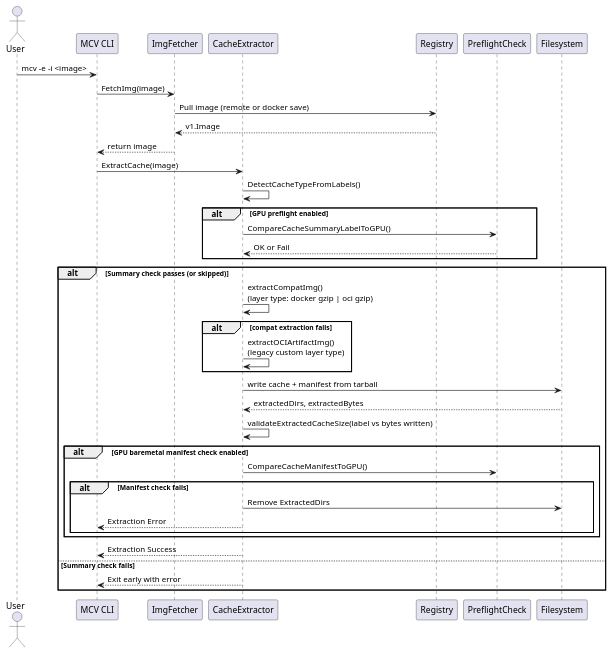
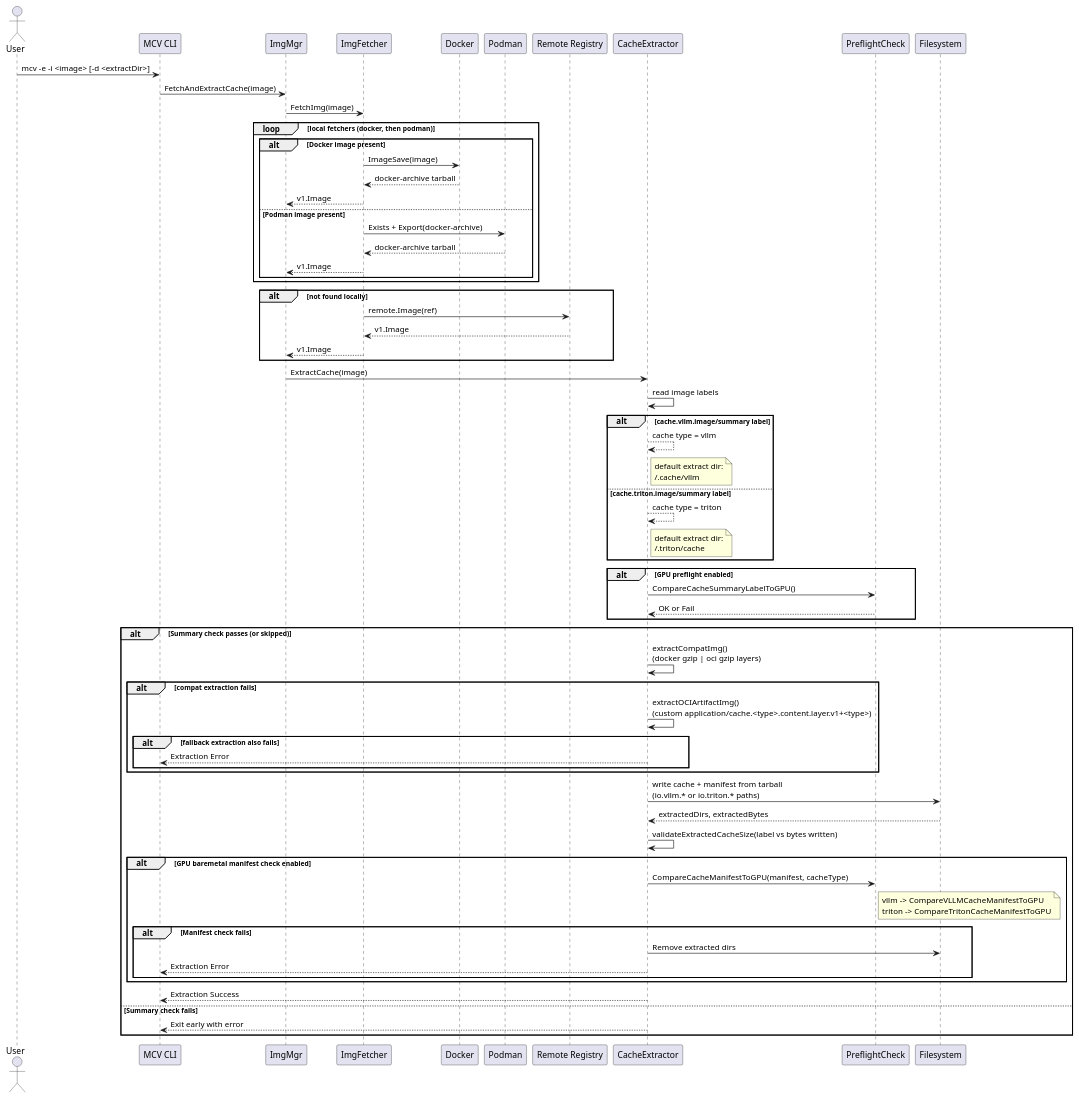
The diagram in kernelcache/mcv/docs/puml/extract.puml (kserve/kserve), drawn with PlantUML before and after one commit. The commit also changed 14 other files, not shown here.

```diff
--- a/kernelcache/mcv/docs/puml/extract.puml
+++ b/kernelcache/mcv/docs/puml/extract.puml
@@ -1,43 +1,89 @@
 @startuml
 actor User
 participant "MCV CLI" as CLI
+participant "ImgMgr" as Mgr
 participant "ImgFetcher" as Fetcher
+participant "Docker" as Docker
+participant "Podman" as Podman
+participant "Remote Registry" as Registry
 participant "CacheExtractor" as Extractor
-participant "Registry" as Registry
 participant "PreflightCheck" as Check
 participant "Filesystem" as FS
 
-User -> CLI : mcv -e -i <image>
-CLI -> Fetcher : FetchImg(image)
-Fetcher -> Registry : Pull image (remote or docker save)
-Registry --> Fetcher : v1.Image
-Fetcher --> CLI : return image
+User -> CLI : mcv -e -i <image> [-d <extractDir>]
+CLI -> Mgr : FetchAndExtractCache(image)
 
-CLI -> Extractor : ExtractCache(image)
-Extractor -> Extractor : DetectCacheTypeFromLabels()
+Mgr -> Fetcher : FetchImg(image)
+
+loop local fetchers (docker, then podman)
+    alt Docker image present
+        Fetcher -> Docker : ImageSave(image)
+        Docker --> Fetcher : docker-archive tarball
+        Fetcher --> Mgr : v1.Image
+    else Podman image present
+        Fetcher -> Podman : Exists + Export(docker-archive)
+        Podman --> Fetcher : docker-archive tarball
+        Fetcher --> Mgr : v1.Image
+    end
+end
+
+alt not found locally
+    Fetcher -> Registry : remote.Image(ref)
+    Registry --> Fetcher : v1.Image
+    Fetcher --> Mgr : v1.Image
+end
+
+Mgr -> Extractor : ExtractCache(image)
+
+Extractor -> Extractor : read image labels
+
+alt cache.vllm.image/summary label
+    Extractor --> Extractor : cache type = vllm
+    note right of Extractor
+      default extract dir:
+      ~/.cache/vllm
+    end note
+else cache.triton.image/summary label
+    Extractor --> Extractor : cache type = triton
+    note right of Extractor
+      default extract dir:
+      ~/.triton/cache
+    end note
+end
 
 alt GPU preflight enabled
     Extractor -> Check : CompareCacheSummaryLabelToGPU()
     Check --> Extractor : OK or Fail
 end
 
 alt Summary check passes (or skipped)
-    Extractor -> Extractor : extractCompatImg()\n(layer type: docker gzip | oci gzip)
+    Extractor -> Extractor : extractCompatImg()\n(docker gzip | oci gzip layers)
     alt compat extraction fails
-        Extractor -> Extractor : extractOCIArtifactImg()\n(legacy custom layer type)
-    end
-    Extractor -> FS : write cache + manifest from tarball
-    FS --> Extractor : extractedDirs, extractedBytes
-    Extractor -> Extractor : validateExtractedCacheSize(label vs bytes written)
-    alt GPU baremetal manifest check enabled
-        Extractor -> Check : CompareCacheManifestToGPU()
-        alt Manifest check fails
-            Extractor -> FS : Remove ExtractedDirs
+        Extractor -> Extractor : extractOCIArtifactImg()\n(custom application/cache.<type>.content.layer.v1+<type>)
+        alt fallback extraction also fails
             Extractor --> CLI : Extraction Error
         end
     end
+
+    Extractor -> FS : write cache + manifest from tarball\n(io.vllm.* or io.triton.* paths)
+    FS --> Extractor : extractedDirs, extractedBytes
+
+    Extractor -> Extractor : validateExtractedCacheSize(label vs bytes written)
+
+    alt GPU baremetal manifest check enabled
+        Extractor -> Check : CompareCacheManifestToGPU(manifest, cacheType)
+        note right of Check
+          vllm -> CompareVLLMCacheManifestToGPU
+          triton -> CompareTritonCacheManifestToGPU
+        end note
+        alt Manifest check fails
+            Extractor -> FS : Remove extracted dirs
+            Extractor --> CLI : Extraction Error
+        end
+    end
+
     Extractor --> CLI : Extraction Success
 else Summary check fails
     Extractor --> CLI : Exit early with error
 end
 @enduml
```
